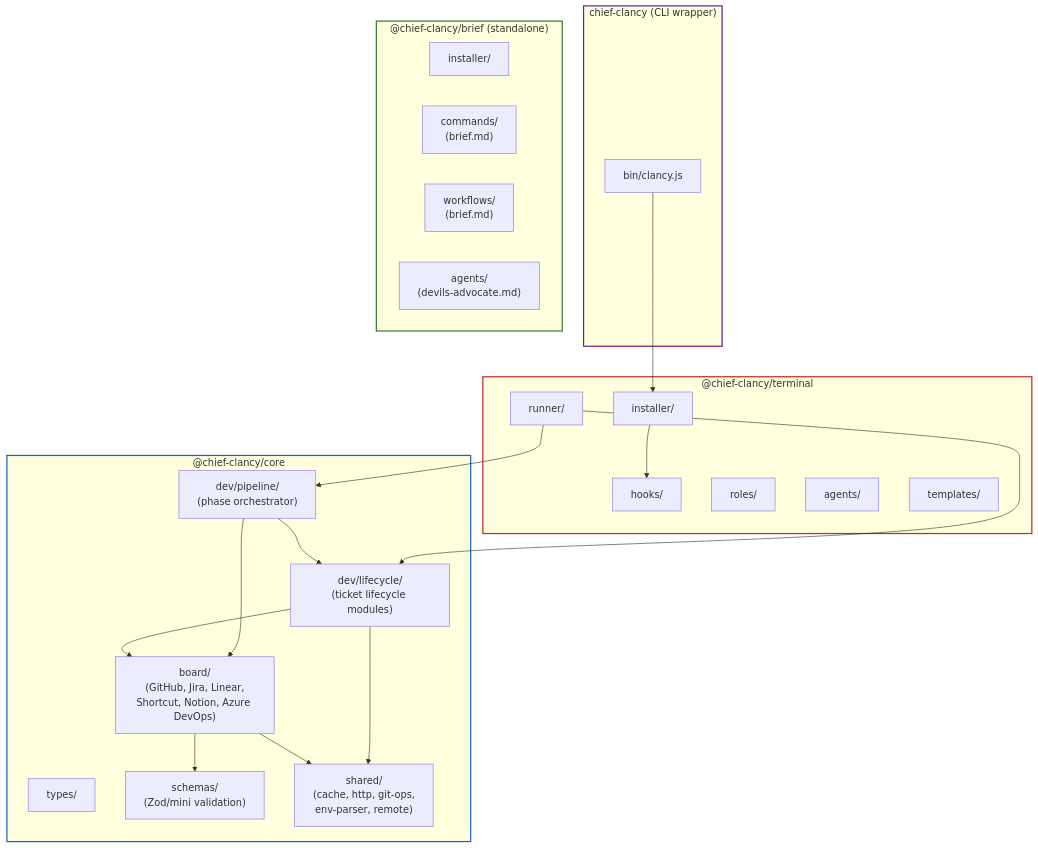
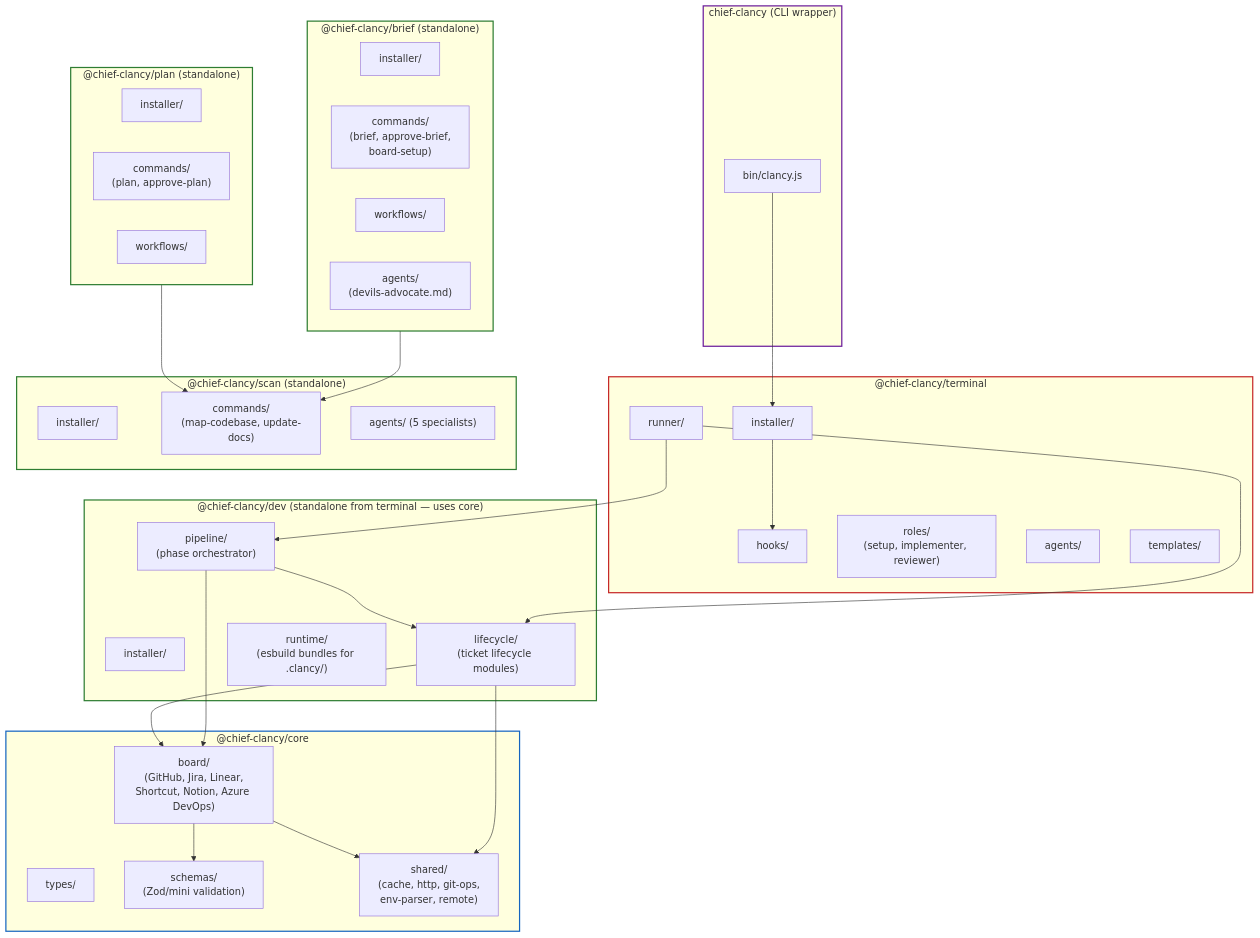
One commit to Pushedskydiver/chief-clancy changed the first of 14 diagrams in docs/VISUAL-ARCHITECTURE.md. Above: the diagram before and after it, drawn with Mermaid. The commit also changed other lines of this file and 11 other files, not shown here.

First line of the commit message:
📦 chore: Changeset for local-init-flow (dev + terminal patch) (#291)

````diff
--- a/docs/VISUAL-ARCHITECTURE.md
+++ b/docs/VISUAL-ARCHITECTURE.md
@@ -27,47 +33,69 @@
 ```mermaid
 graph TD
     subgraph chief["chief-clancy (CLI wrapper)"]
         bin["bin/clancy.js"]
     end
 
     subgraph terminal["@chief-clancy/terminal"]
         installer["installer/"]
         runner["runner/"]
         hooks["hooks/"]
-        roles["roles/"]
+        roles["roles/\n(setup, implementer, reviewer)"]
         agents["agents/"]
         templates["templates/"]
     end
 
     subgraph core["@chief-clancy/core"]
         board["board/\n(GitHub, Jira, Linear,\nShortcut, Notion, Azure DevOps)"]
-        pipeline["dev/pipeline/\n(phase orchestrator)"]
-        lifecycle["dev/lifecycle/\n(ticket lifecycle modules)"]
         types["types/"]
         schemas["schemas/\n(Zod/mini validation)"]
         shared["shared/\n(cache, http, git-ops,\nenv-parser, remote)"]
     end
 
     subgraph brief["@chief-clancy/brief (standalone)"]
         briefInstaller["installer/"]
-        briefCommands["commands/\n(brief.md)"]
-        briefWorkflows["workflows/\n(brief.md)"]
+        briefCommands["commands/\n(brief, approve-brief,\nboard-setup)"]
+        briefWorkflows["workflows/"]
         briefAgents["agents/\n(devils-advocate.md)"]
     end
 
+    subgraph plan["@chief-clancy/plan (standalone)"]
+        planInstaller["installer/"]
+        planCommands["commands/\n(plan, approve-plan)"]
+        planWorkflows["workflows/"]
+    end
+
+    subgraph scan["@chief-clancy/scan (standalone)"]
+        scanInstaller["installer/"]
+        scanCommands["commands/\n(map-codebase, update-docs)"]
+        scanAgents["agents/ (5 specialists)"]
+    end
+
+    subgraph dev["@chief-clancy/dev (standalone from terminal — uses core)"]
+        devInstaller["installer/"]
+        devPipeline["pipeline/\n(phase orchestrator)"]
+        devLifecycle["lifecycle/\n(ticket lifecycle modules)"]
+        devRuntime["runtime/\n(esbuild bundles for .clancy/)"]
+    end
+
     bin --> installer
-    runner --> pipeline
-    runner --> lifecycle
     installer --> hooks
-    pipeline --> lifecycle
-    pipeline --> board
-    lifecycle --> board
-    lifecycle --> shared
+    runner --> devPipeline
+    runner --> devLifecycle
+    devPipeline --> devLifecycle
+    devPipeline --> board
+    devLifecycle --> board
+    devLifecycle --> shared
+    brief --> scanCommands
+    plan --> scanCommands
     board --> schemas
     board --> shared
 
     style chief stroke:#6a1b9a,stroke-width:2px
     style terminal stroke:#c62828,stroke-width:2px
     style core stroke:#1565c0,stroke-width:2px
     style brief stroke:#2e7d32,stroke-width:2px
+    style plan stroke:#2e7d32,stroke-width:2px
+    style scan stroke:#2e7d32,stroke-width:2px
+    style dev stroke:#2e7d32,stroke-width:2px
 ```
````
